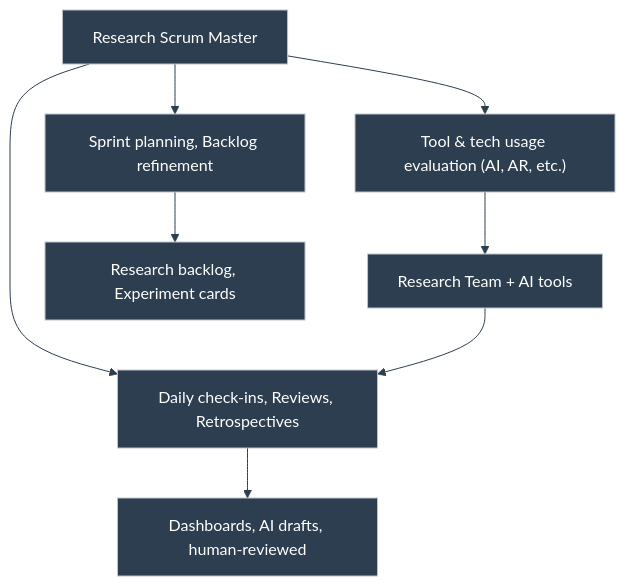
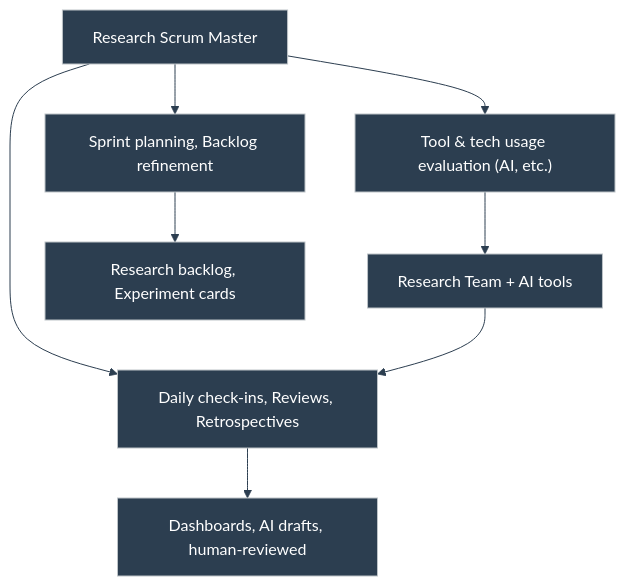
The ninth of 12 diagrams in portfolio/mermaid/diagrams.md (duducm2/my-personal-repo), drawn with Mermaid before and after one commit.

Commit message:
Refine tool usage evaluation in Mermaid diagram by removing redundant references to AR, enhancing clarity in the AI and Agile in Research section.

````diff
--- a/portfolio/mermaid/diagrams.md
+++ b/portfolio/mermaid/diagrams.md
@@ -162,18 +162,18 @@
 ```mermaid
 %%{init: {'theme': 'base', 'themeVariables': { 'primaryColor': '#2c3e50', 'primaryTextColor': '#fff', 'primaryBorderColor': '#bdc3c7', 'lineColor': '#2c3e50', 'fontFamily': 'Lato', 'subgraphBg': 'transparent', 'subgraphBorder': '#bdc3c7'}}}%%
 flowchart TD
   RSM["Research Scrum Master"]
   RT["Research Team + AI tools"]
   C1["Sprint planning, Backlog refinement"]
   C2["Daily check-ins, Reviews, Retrospectives"]
-  C3["Tool & tech usage evaluation (AI, AR, etc.)"]
+  C3["Tool & tech usage evaluation (AI, etc.)"]
   A1["Research backlog, Experiment cards"]
   A2["Dashboards, AI drafts, human-reviewed"]
   RSM --> C1
   RSM --> C2
   RSM --> C3
   C3 --> RT
   RT --> C2
   C1 --> A1
   C2 --> A2
 ```
````
